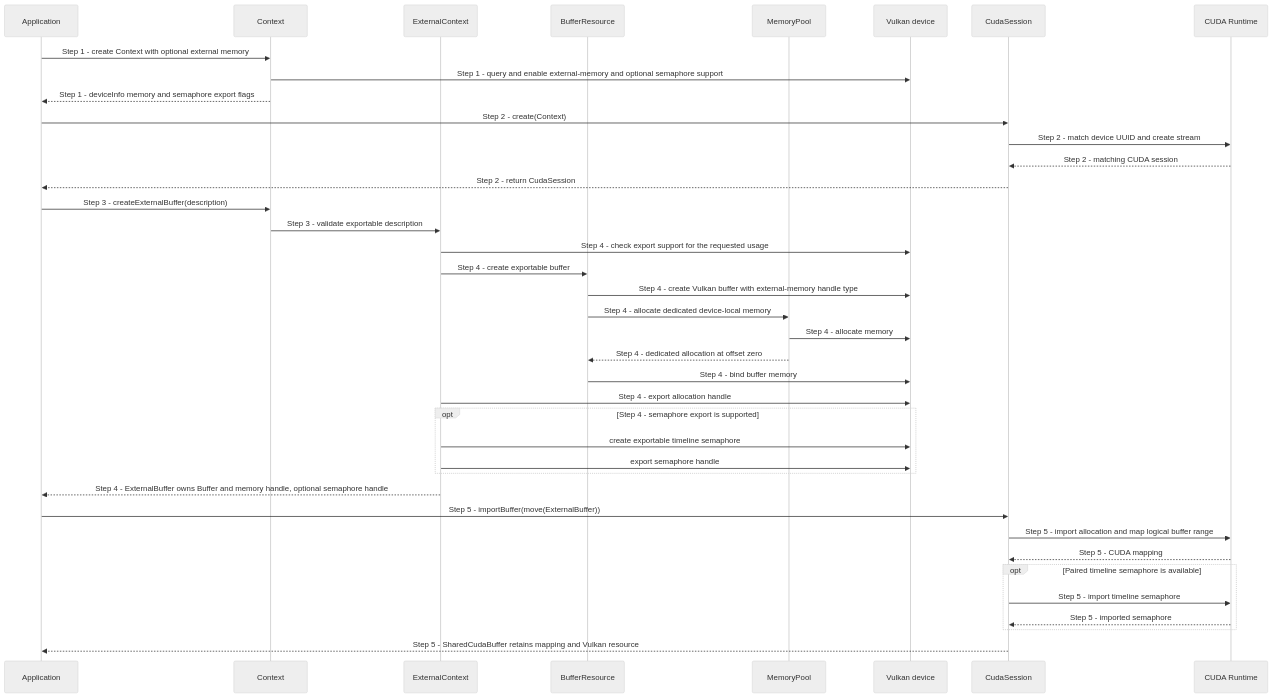
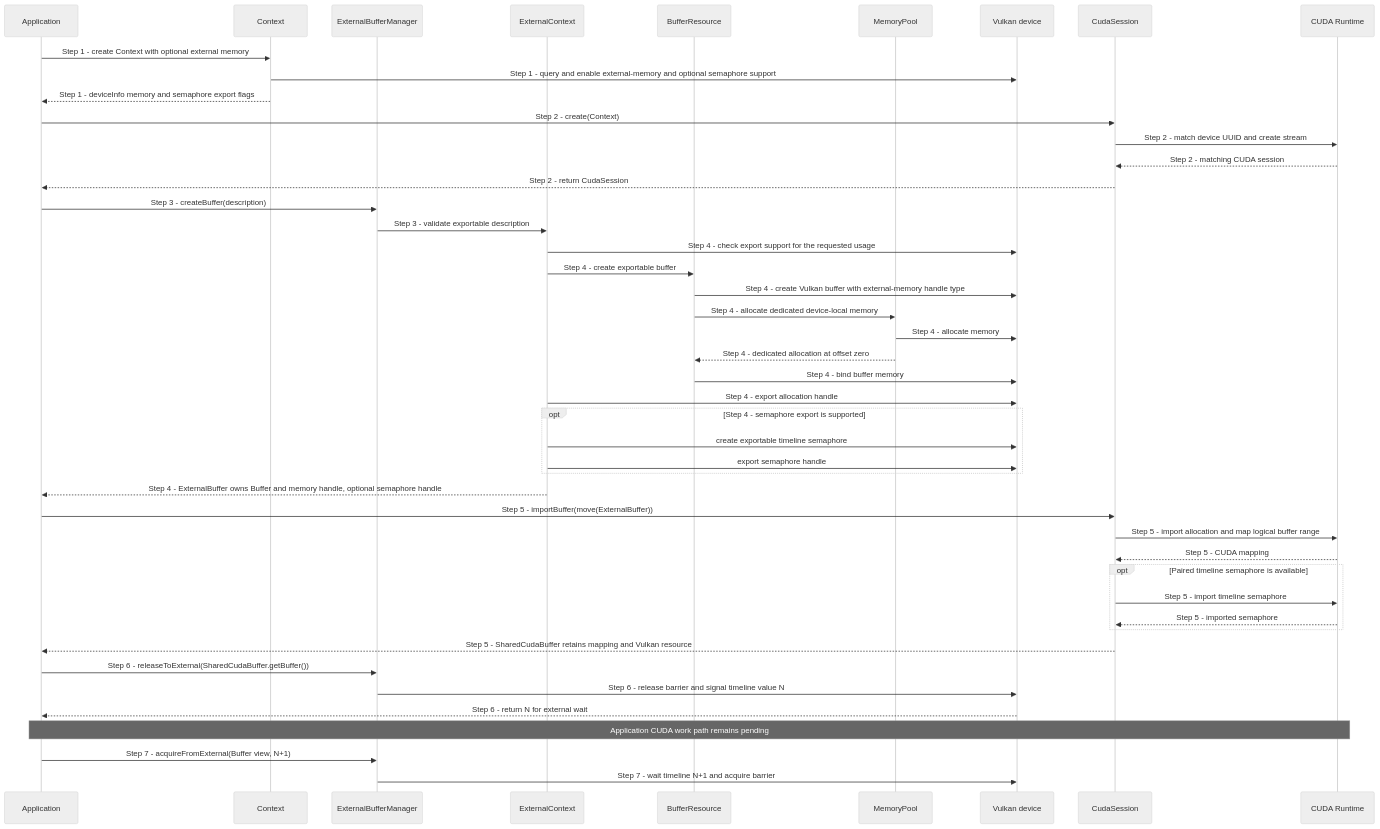
The diagram in docs/use-cases/create-external-buffer.md (a-soltysik/Panda), drawn with Mermaid (neutral theme) before and after one commit. The commit also changed other lines of this file and 61 other files, not shown here.

First line of the commit message:
Add Vulkan-CUDA external buffer handoff (#87)

````diff
--- a/docs/use-cases/create-external-buffer.md
+++ b/docs/use-cases/create-external-buffer.md
@@ -57,41 +71,48 @@
 ```mermaid
 sequenceDiagram
     participant A as Application
     participant C as Context
+    participant X as ExternalBufferManager
     participant E as ExternalContext
     participant B as BufferResource
     participant M as MemoryPool
     participant V as Vulkan device
     participant S as CudaSession
     participant R as CUDA Runtime
     A->>C: Step 1 - create Context with optional external memory
     C->>V: Step 1 - query and enable external-memory and optional semaphore support
     C-->>A: Step 1 - deviceInfo memory and semaphore export flags
     A->>S: Step 2 - create(Context)
     S->>R: Step 2 - match device UUID and create stream
     R-->>S: Step 2 - matching CUDA session
     S-->>A: Step 2 - return CudaSession
-    A->>C: Step 3 - createExternalBuffer(description)
-    C->>E: Step 3 - validate exportable description
+    A->>X: Step 3 - createBuffer(description)
+    X->>E: Step 3 - validate exportable description
     E->>V: Step 4 - check export support for the requested usage
     E->>B: Step 4 - create exportable buffer
     B->>V: Step 4 - create Vulkan buffer with external-memory handle type
     B->>M: Step 4 - allocate dedicated device-local memory
     M->>V: Step 4 - allocate memory
     M-->>B: Step 4 - dedicated allocation at offset zero
     B->>V: Step 4 - bind buffer memory
     E->>V: Step 4 - export allocation handle
     opt Step 4 - semaphore export is supported
         E->>V: create exportable timeline semaphore
         E->>V: export semaphore handle
     end
     E-->>A: Step 4 - ExternalBuffer owns Buffer and memory handle, optional semaphore handle
     A->>S: Step 5 - importBuffer(move(ExternalBuffer))
     S->>R: Step 5 - import allocation and map logical buffer range
     R-->>S: Step 5 - CUDA mapping
     opt Paired timeline semaphore is available
         S->>R: Step 5 - import timeline semaphore
         R-->>S: Step 5 - imported semaphore
     end
     S-->>A: Step 5 - SharedCudaBuffer retains mapping and Vulkan resource
+    A->>X: Step 6 - releaseToExternal(SharedCudaBuffer.getBuffer())
+    X->>V: Step 6 - release barrier and signal timeline value N
+    V-->>A: Step 6 - return N for external wait
+    Note over A,R: Application CUDA work path remains pending
+    A->>X: Step 7 - acquireFromExternal(Buffer view, N+1)
+    X->>V: Step 7 - wait timeline N+1 and acquire barrier
 ```
````
